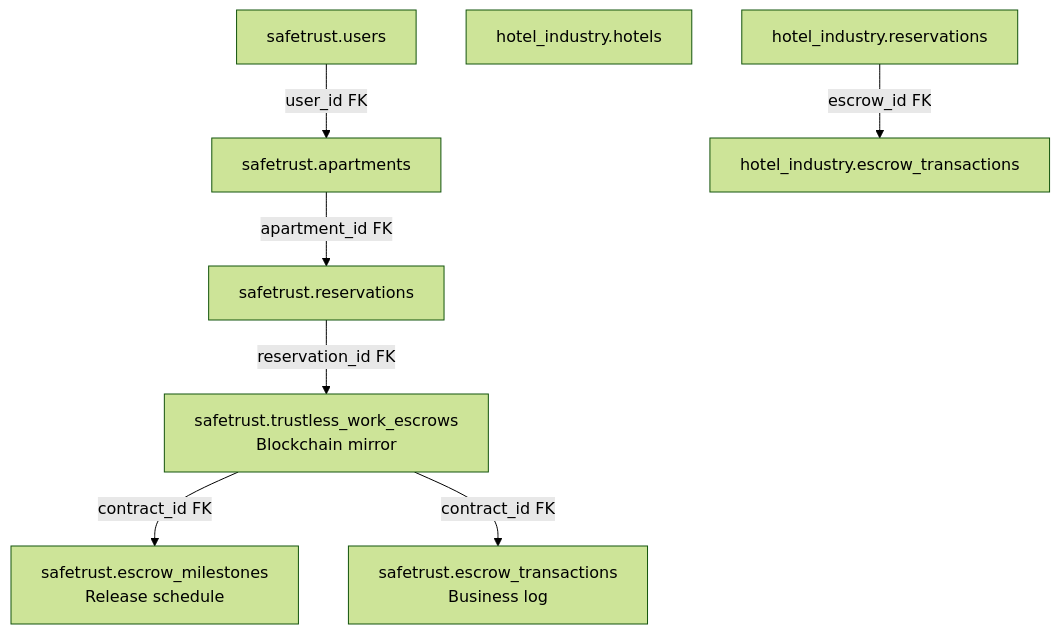
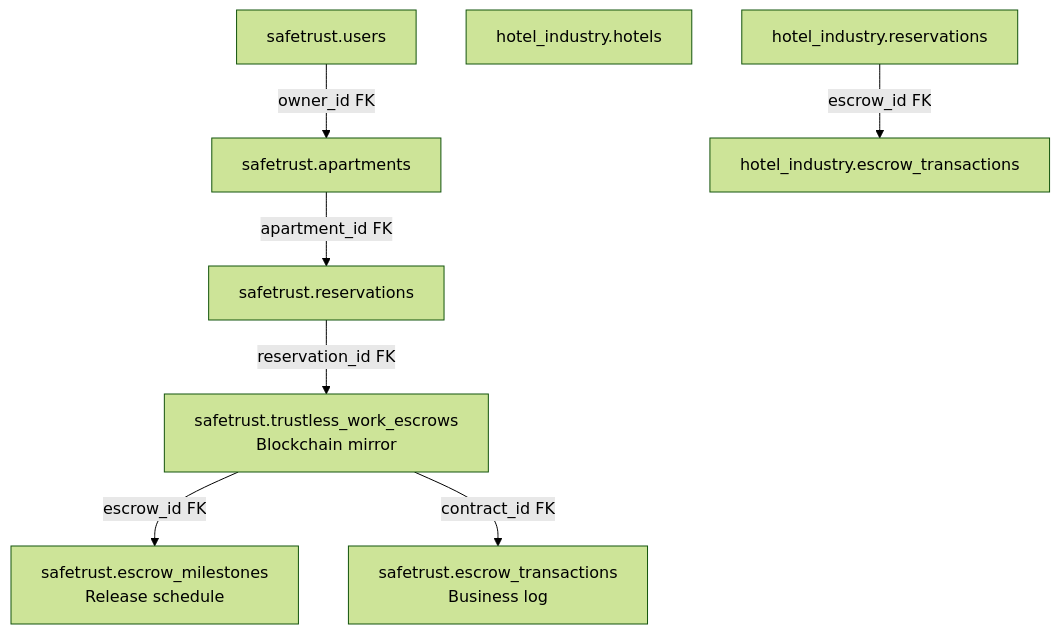
The third of 6 diagrams in docs/migrations/safetrust-schema-migration.md (safetrustcr/backend-SafeTrust), drawn with Mermaid (forest theme) before and after one commit. The commit also changed other lines of this file, not shown here.

Commit message:
docs: address CodeRabbit review comments on schema migration doc

````diff
--- a/docs/migrations/safetrust-schema-migration.md
+++ b/docs/migrations/safetrust-schema-migration.md
@@ -62,19 +68,19 @@
 ```mermaid
 flowchart TD
-    TWE[safetrust.trustless_work_escrows\nBlockchain mirror]
-    EM[safetrust.escrow_milestones\nRelease schedule]
-    ET[safetrust.escrow_transactions\nBusiness log]
+    TWE[safetrust.trustless_work_escrows<br/>Blockchain mirror]
+    EM[safetrust.escrow_milestones<br/>Release schedule]
+    ET[safetrust.escrow_transactions<br/>Business log]
     U[safetrust.users]
     AP[safetrust.apartments]
     R[safetrust.reservations]
     HH[hotel_industry.hotels]
     HR[hotel_industry.reservations]
     HE[hotel_industry.escrow_transactions]
 
     R -->|reservation_id FK| TWE
-    TWE -->|contract_id FK| EM
+    TWE -->|escrow_id FK| EM
     TWE -->|contract_id FK| ET
-    U -->|user_id FK| AP
+    U -->|owner_id FK| AP
     AP -->|apartment_id FK| R
     HR -->|escrow_id FK| HE
 ```
````
